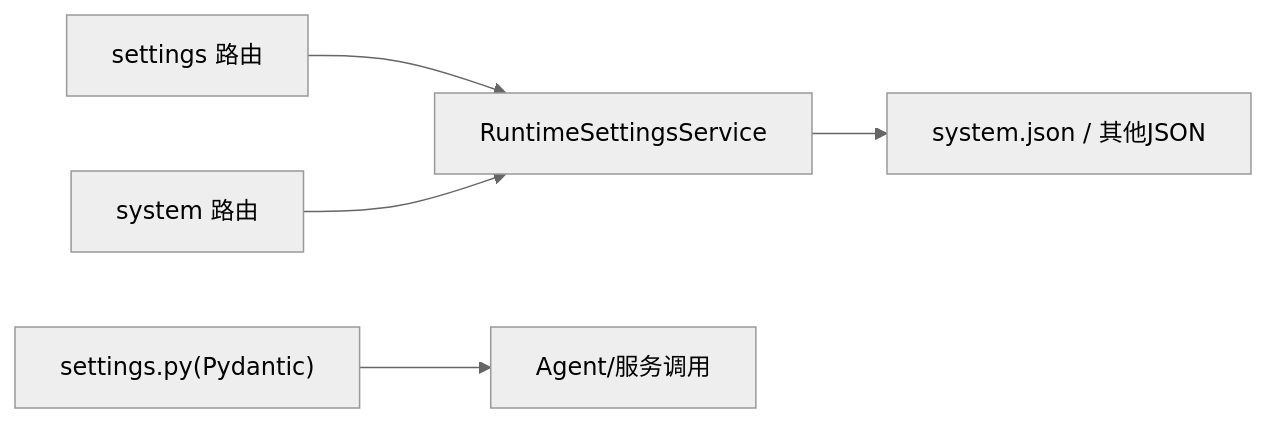
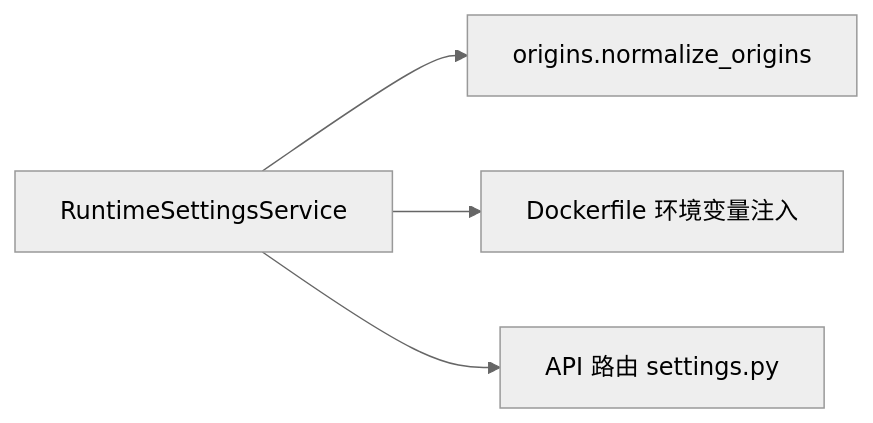
The fifth of 5 diagrams in .qoder/repowiki/zh/content/配置管理/系统配置.md (gongzili456/DeepTutor), drawn with Mermaid (neutral theme) before and after one commit. The commit also changed other lines of this file and 1242 other files, not shown here.

````diff
--- a/.qoder/repowiki/zh/content/配置管理/系统配置.md
+++ b/.qoder/repowiki/zh/content/配置管理/系统配置.md
@@ -233,7 +243,6 @@
 ```mermaid
 graph LR
-SettingsAPI["settings 路由"] --> RS["RuntimeSettingsService"]
-SystemAPI["system 路由"] --> RS
-RS --> FS["system.json / 其他JSON"]
-SettingsPy["settings.py(Pydantic)"] --> Agents["Agent/服务调用"]
+RS["RuntimeSettingsService"] --> OR["origins.normalize_origins"]
+RS --> DF["Dockerfile 环境变量注入"]
+RS --> API["API 路由 settings.py"]
 ```
````
